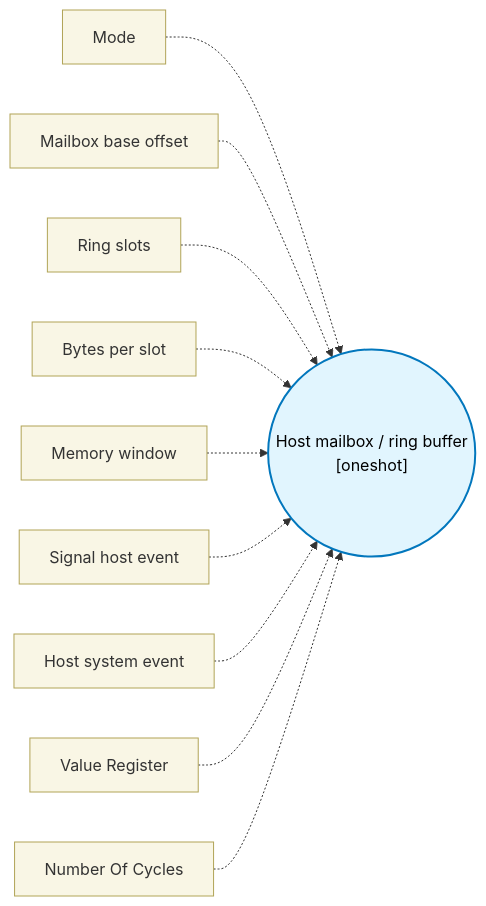
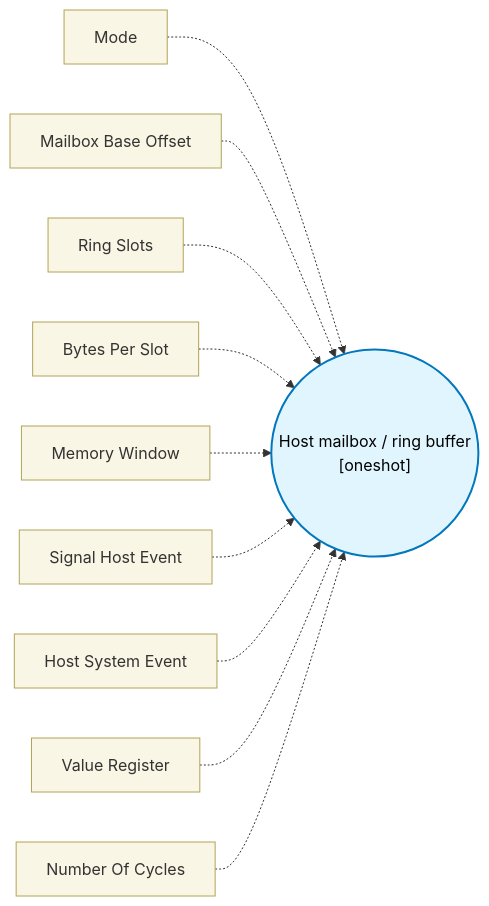
One commit to TexasInstruments/pru-no-code-tool changed the diagram in docs/block-reference/blocks/mailbox_block/design.md. Above: the diagram before and after it, drawn with Mermaid. The commit also changed other lines of this file and 89 other files, not shown here.

````diff
--- a/docs/block-reference/blocks/mailbox_block/design.md
+++ b/docs/block-reference/blocks/mailbox_block/design.md
@@ -11,15 +11,15 @@
 ```mermaid
 flowchart LR
   classDef config fill:#f9f6e5,stroke:#b1a457,stroke-width:1px,color:#333;
   classDef core fill:#e1f5fe,stroke:#0277bd,stroke-width:2px,color:#000;
   CORE(("Host mailbox / ring buffer\n[oneshot]")):::core
   CFG0["Mode"]:::config -.-> CORE
-  CFG1["Mailbox base offset"]:::config -.-> CORE
-  CFG2["Ring slots"]:::config -.-> CORE
-  CFG3["Bytes per slot"]:::config -.-> CORE
-  CFG4["Memory window"]:::config -.-> CORE
-  CFG5["Signal host event"]:::config -.-> CORE
-  CFG6["Host system event"]:::config -.-> CORE
+  CFG1["Mailbox Base Offset"]:::config -.-> CORE
+  CFG2["Ring Slots"]:::config -.-> CORE
+  CFG3["Bytes Per Slot"]:::config -.-> CORE
+  CFG4["Memory Window"]:::config -.-> CORE
+  CFG5["Signal Host Event"]:::config -.-> CORE
+  CFG6["Host System Event"]:::config -.-> CORE
   CFG7["Value Register"]:::config -.-> CORE
   CFG8["Number Of Cycles"]:::config -.-> CORE
 ```
````
